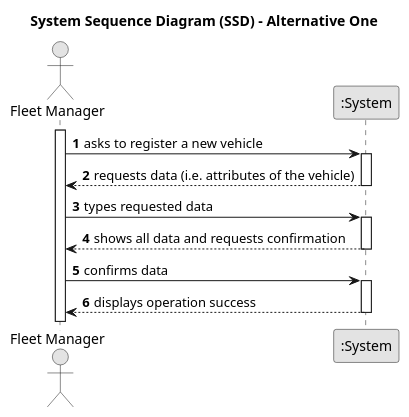
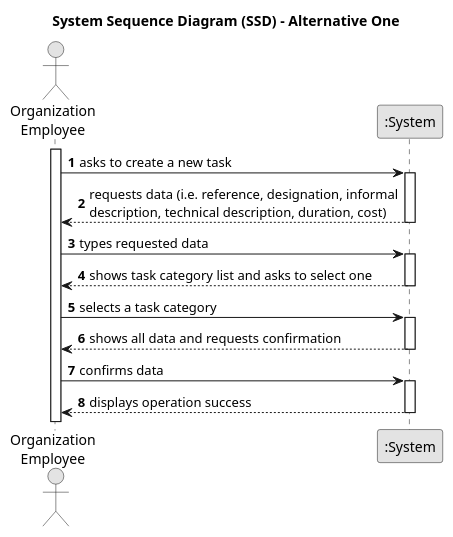
One commit to diogoveirospro/lei-24-s2-1dg-g072 changed the diagram in docs/template/usTemplate/01.requirements-engineering/puml/us006-system-sequence-diagram-alternative-one.puml. Above: the diagram before and after it, drawn with PlantUML. The commit also changed 24 other files, not shown here.

```diff
--- a/docs/template/usTemplate/01.requirements-engineering/puml/us006-system-sequence-diagram-alternative-one.puml
+++ b/docs/template/usTemplate/01.requirements-engineering/puml/us006-system-sequence-diagram-alternative-one.puml
@@ -1,33 +1,39 @@
 @startuml
 skinparam monochrome true
 skinparam packageStyle rectangle
 skinparam shadowing false
 
 title System Sequence Diagram (SSD) - Alternative One
 
 autonumber
 
-actor "Fleet Manager" as Employee
+actor "Organization\nEmployee" as Employee
 participant ":System" as System
 
 activate Employee
 
-    Employee -> System : asks to register a new vehicle
+    Employee -> System : asks to create a new task
     activate System
 
-        System --> Employee : requests data (i.e. attributes of the vehicle)
+        System --> Employee : requests data (i.e. reference, designation, informal\ndescription, technical description, duration, cost)
     deactivate System
 
     Employee -> System : types requested data
+    activate System
+
+        System --> Employee : shows task category list and asks to select one
+    deactivate System
+
+    Employee -> System : selects a task category
     activate System
 
         System --> Employee : shows all data and requests confirmation
     deactivate System
 
     Employee -> System : confirms data
     activate System
 
         System --> Employee : displays operation success
     deactivate System
 
 @enduml
```
